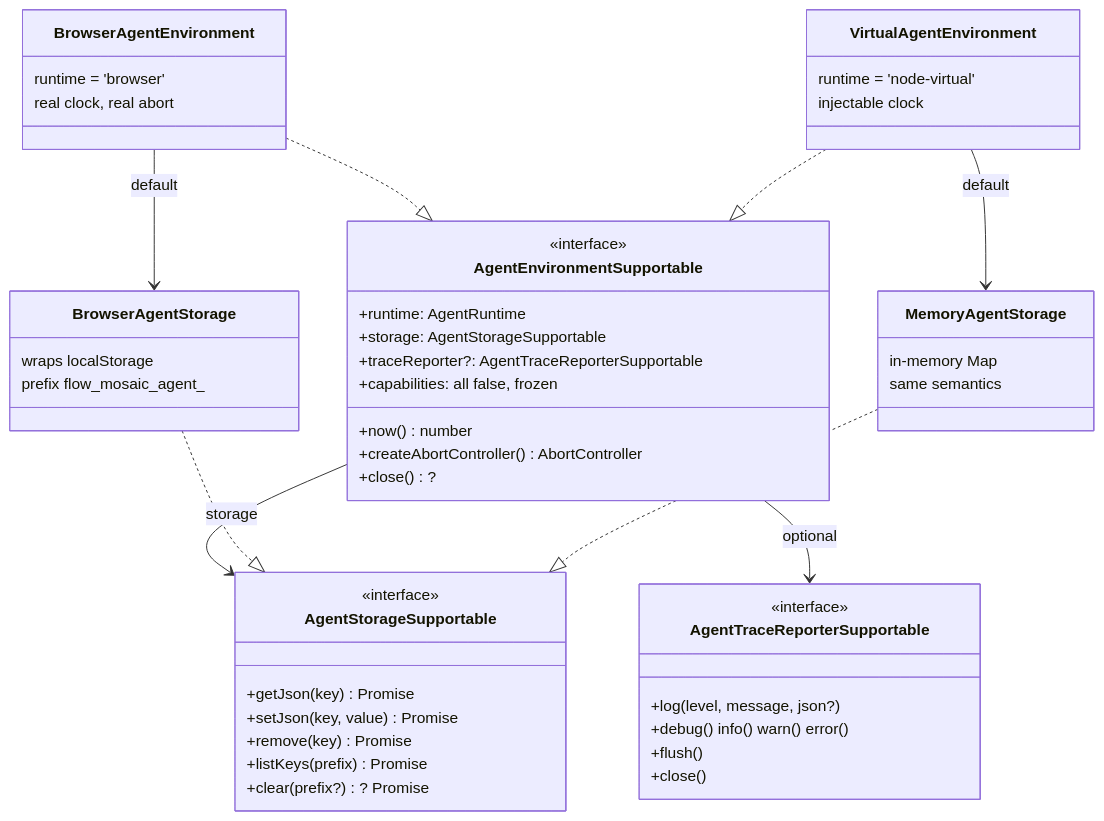
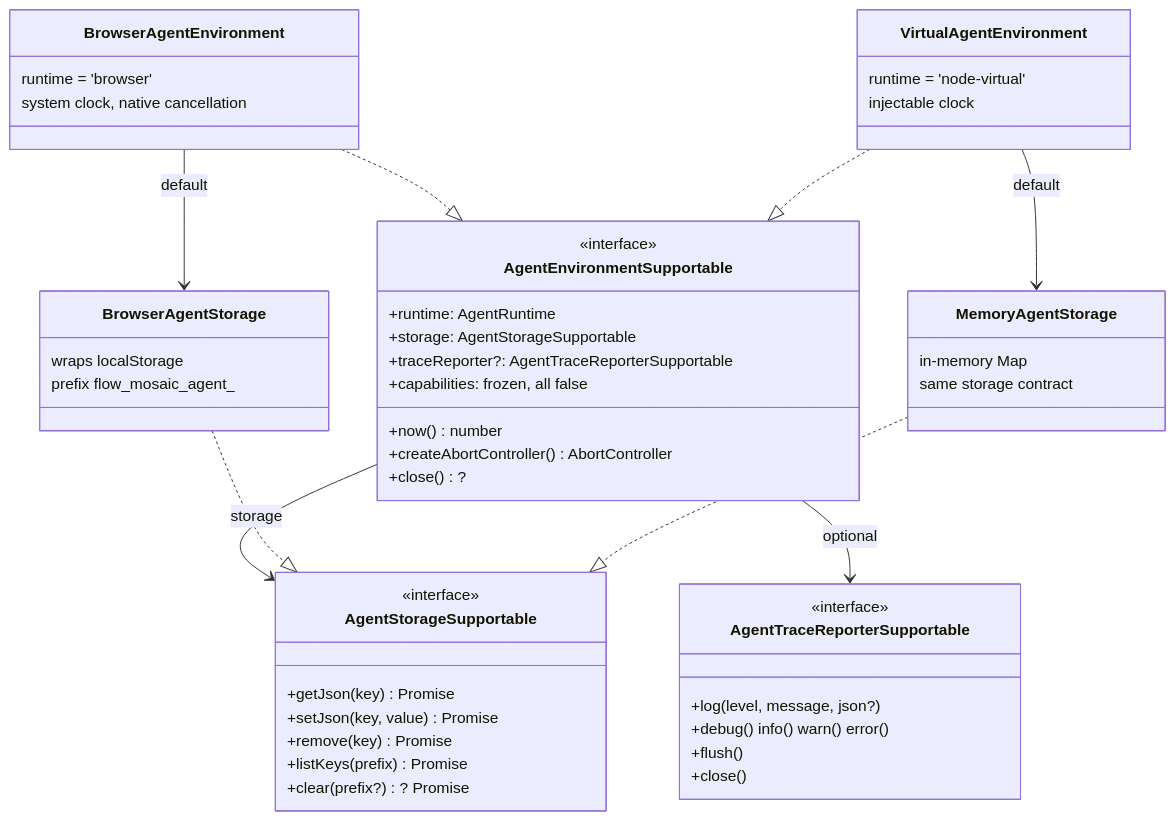
Before and after one commit to lemoncloud-io/eureka-flow: the first of 3 diagrams in docs/browser-agent/presentation/Agent-Environment-Meeting-Brief.md, drawn with Mermaid. The commit also changed other lines of this file, not shown here.

````diff
--- a/docs/browser-agent/presentation/Agent-Environment-Meeting-Brief.md
+++ b/docs/browser-agent/presentation/Agent-Environment-Meeting-Brief.md
@@ -53,53 +62,53 @@
 ```mermaid
 classDiagram
     class AgentEnvironmentSupportable {
         <<interface>>
         +runtime: AgentRuntime
         +storage: AgentStorageSupportable
         +traceReporter?: AgentTraceReporterSupportable
-        +capabilities: all false, frozen
+        +capabilities: frozen, all false
         +now() number
         +createAbortController() AbortController
         +close()?
     }
     class AgentStorageSupportable {
         <<interface>>
         +getJson(key) Promise
         +setJson(key, value) Promise
         +remove(key) Promise
         +listKeys(prefix) Promise
         +clear(prefix?)? Promise
     }
     class AgentTraceReporterSupportable {
         <<interface>>
         +log(level, message, json?)
         +debug() info() warn() error()
         +flush()
         +close()
     }
     class BrowserAgentEnvironment {
         runtime = 'browser'
-        real clock, real abort
+        system clock, native cancellation
     }
     class VirtualAgentEnvironment {
         runtime = 'node-virtual'
         injectable clock
     }
     class BrowserAgentStorage {
         wraps localStorage
         prefix flow_mosaic_agent_
     }
     class MemoryAgentStorage {
         in-memory Map
-        same semantics
+        same storage contract
     }
 
     AgentEnvironmentSupportable --> AgentStorageSupportable : storage
     AgentEnvironmentSupportable --> AgentTraceReporterSupportable : optional
     BrowserAgentEnvironment ..|> AgentEnvironmentSupportable
     VirtualAgentEnvironment ..|> AgentEnvironmentSupportable
     BrowserAgentStorage ..|> AgentStorageSupportable
     MemoryAgentStorage ..|> AgentStorageSupportable
     BrowserAgentEnvironment --> BrowserAgentStorage : default
     VirtualAgentEnvironment --> MemoryAgentStorage : default
 ```
````
